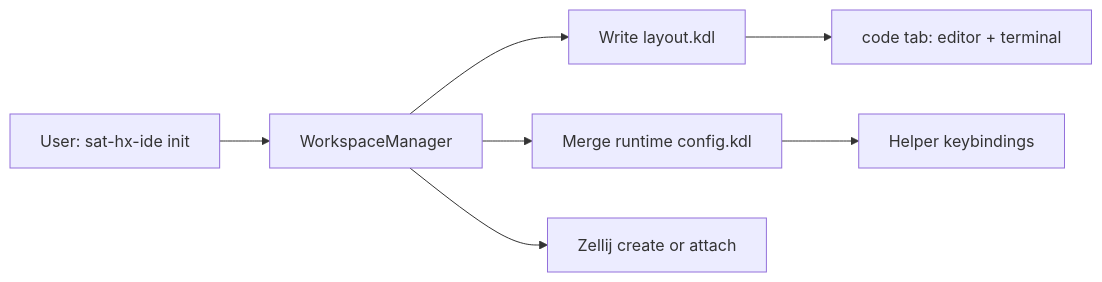
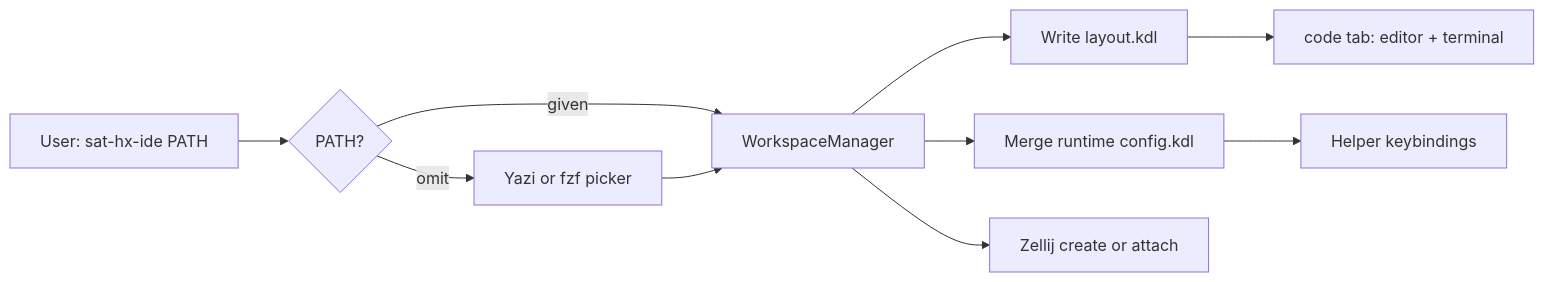
The second of 3 diagrams in book/src/architecture.md (vlevasseur073/sat-helix-ide), drawn with Mermaid before and after one commit. The commit also changed other lines of this file and 21 other files, not shown here.

````diff
--- a/book/src/architecture.md
+++ b/book/src/architecture.md
@@ -45,9 +45,12 @@
 ```mermaid
 flowchart LR
-    user[User: sat-hx-ide init] --> wm[WorkspaceManager]
+    user[User: sat-hx-ide PATH] --> path{PATH?}
+    path -->|omit| picker[Yazi or fzf picker]
+    path -->|given| wm[WorkspaceManager]
+    picker --> wm
     wm --> layout[Write layout.kdl]
     wm --> kdl[Merge runtime config.kdl]
     wm --> zellij[Zellij create or attach]
     layout --> codeTab[code tab: editor + terminal]
     kdl --> bindings[Helper keybindings]
 ```
````
